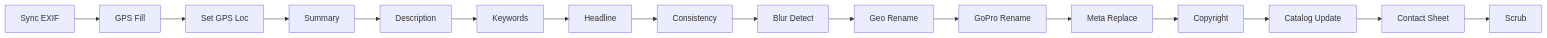
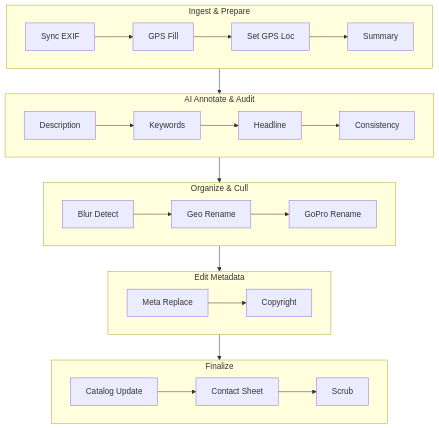
One commit to igoros777/photoshell changed the diagram in docs/web_ui_help.md. Above: the diagram before and after it, drawn with Mermaid. The commit also changed 1 other file, not shown here.

Commit message:
Refactor code structure for improved readability and maintainability

````diff
--- a/docs/web_ui_help.md
+++ b/docs/web_ui_help.md
@@ -28,18 +28,30 @@
 ```mermaid
-flowchart LR
-    A[Sync EXIF] --> B[GPS Fill]
-    B --> B2[Set GPS Loc]
-    B2 --> C[Summary]
-    C --> D[Description]
-    D --> E[Keywords]
-    E --> E2[Headline]
-    E2 --> E3[Consistency]
-    E3 --> H[Blur Detect]
-    H --> F[Geo Rename]
-    F --> G[GoPro Rename]
-    G --> H2[Meta Replace]
-    H2 --> H3[Copyright]
-    H3 --> H5[Catalog Update]
-    H5 --> I[Contact Sheet]
-    I --> J[Scrub]
+flowchart TD
+    subgraph G1 [Ingest & Prepare]
+        A[Sync EXIF] --> B[GPS Fill]
+        B --> B2[Set GPS Loc]
+        B2 --> C[Summary]
+    end
+
+    subgraph G2 [AI Annotate & Audit]
+        D[Description] --> E[Keywords]
+        E --> E2[Headline]
+        E2 --> E3[Consistency]
+    end
+
+    subgraph G3 [Organize & Cull]
+        H[Blur Detect] --> F[Geo Rename]
+        F --> G[GoPro Rename]
+    end
+
+    subgraph G4 [Edit Metadata]
+        H2[Meta Replace] --> H3[Copyright]
+    end
+
+    subgraph G5 [Finalize]
+        H5[Catalog Update] --> I[Contact Sheet]
+        I --> J[Scrub]
+    end
+
+    G1 --> G2 --> G3 --> G4 --> G5
 ```
````
